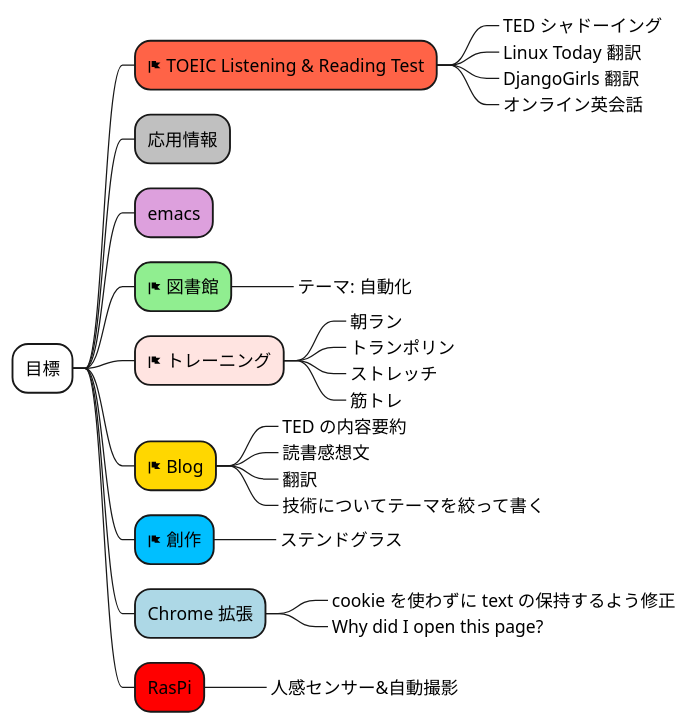
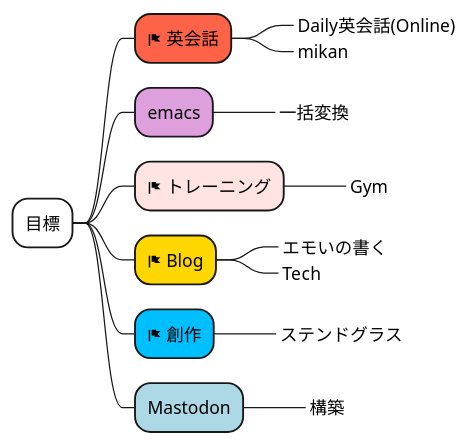
Before and after one commit to Ishizuka427/MindMap: the diagram in test.puml, drawn with PlantUML. The commit also changed 1 other file, not shown here.

```diff
--- a/test.puml
+++ b/test.puml
@@ -1,29 +1,17 @@
 @startmindmap
 *[#white] 目標
-**[#tomato] <&flag> TOEIC Listening & Reading Test
-***_ TED シャドーイング
-***_ Linux Today 翻訳
-***_ DjangoGirls 翻訳
-***_ オンライン英会話
-**[#silver] 応用情報
+**[#tomato] <&flag> 英会話
+***_ Daily英会話(Online)
+***_ mikan
 **[#plum] emacs
-**[#lightgreen] <&flag> 図書館
-***_ テーマ: 自動化
+***_ 一括変換
 **[#mistyrose] <&flag> トレーニング
-***_ 朝ラン
-***_ トランポリン
-***_ ストレッチ
-***_ 筋トレ
+***_ Gym
 **[#gold] <&flag> Blog
-***_ TED の内容要約
-***_ 読書感想文
-***_ 翻訳
-***_ 技術についてテーマを絞って書く
+***_ エモいの書く
+***_ Tech
 **[#deepskyblue] <&flag> 創作
 ***_ ステンドグラス
-**[#lightblue] Chrome 拡張
-***_ cookie を使わずに text の保持するよう修正
-***_ Why did I open this page?
-**[#red] RasPi
-***_ 人感センサー&自動撮影
+**[#lightblue] Mastodon
+***_ 構築
 @endmindmap
```
